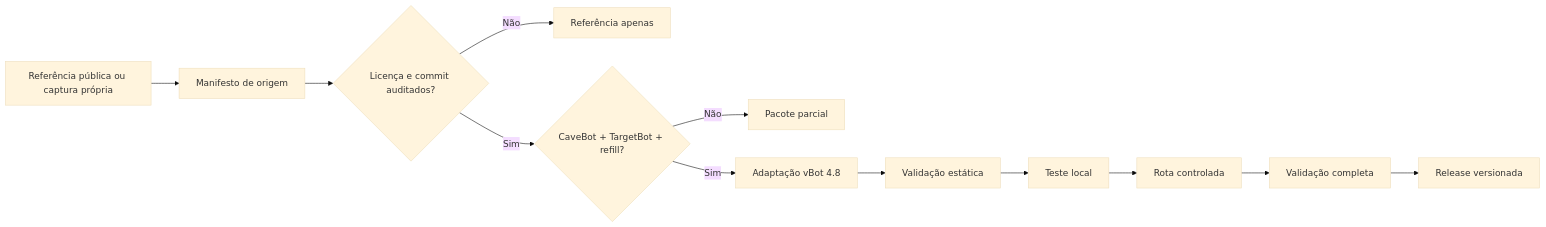
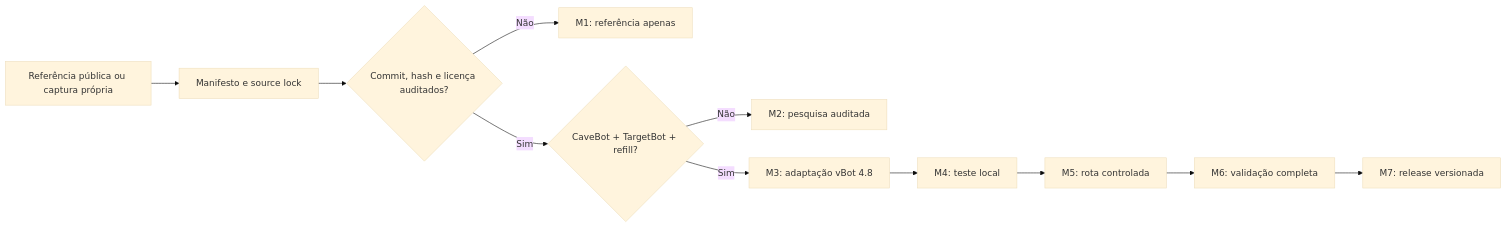
The diagram in README.md (Samurai33/MarolaOT-Scripts), drawn with Mermaid (base theme) before and after one commit. The commit also changed other lines of this file, not shown here.

````diff
--- a/README.md
+++ b/README.md
@@ -85,14 +79,13 @@
 ```mermaid
 flowchart LR
-    A[Referência pública ou captura própria] --> B[Manifesto de origem]
-    B --> C{Licença e commit auditados?}
-    C -- Não --> D[Referência apenas]
+    A[Referência pública ou captura própria] --> B[Manifesto e source lock]
+    B --> C{Commit, hash e licença auditados?}
+    C -- Não --> D[M1: referência apenas]
     C -- Sim --> E{CaveBot + TargetBot + refill?}
-    E -- Não --> F[Pacote parcial]
-    E -- Sim --> G[Adaptação vBot 4.8]
-    G --> H[Validação estática]
-    H --> I[Teste local]
-    I --> J[Rota controlada]
-    J --> K[Validação completa]
-    K --> L[Release versionada]
+    E -- Não --> F[M2: pesquisa auditada]
+    E -- Sim --> G[M3: adaptação vBot 4.8]
+    G --> H[M4: teste local]
+    H --> I[M5: rota controlada]
+    I --> J[M6: validação completa]
+    J --> K[M7: release versionada]
 ```
````
